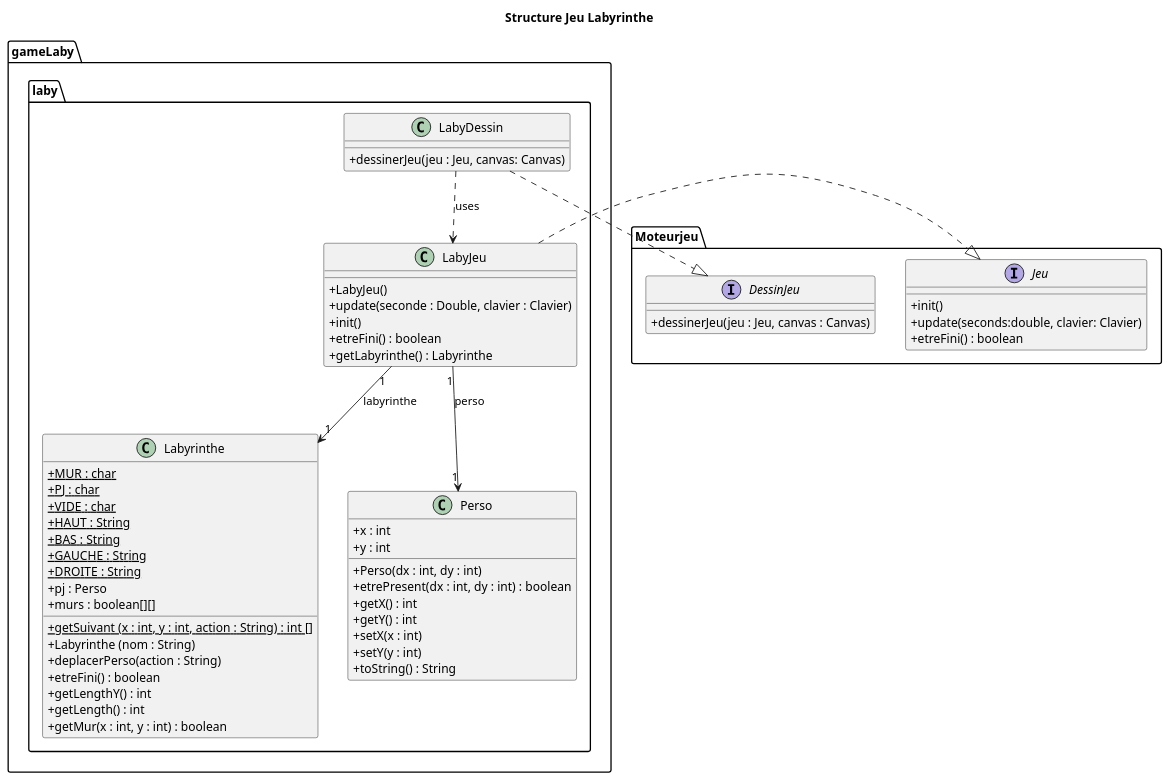
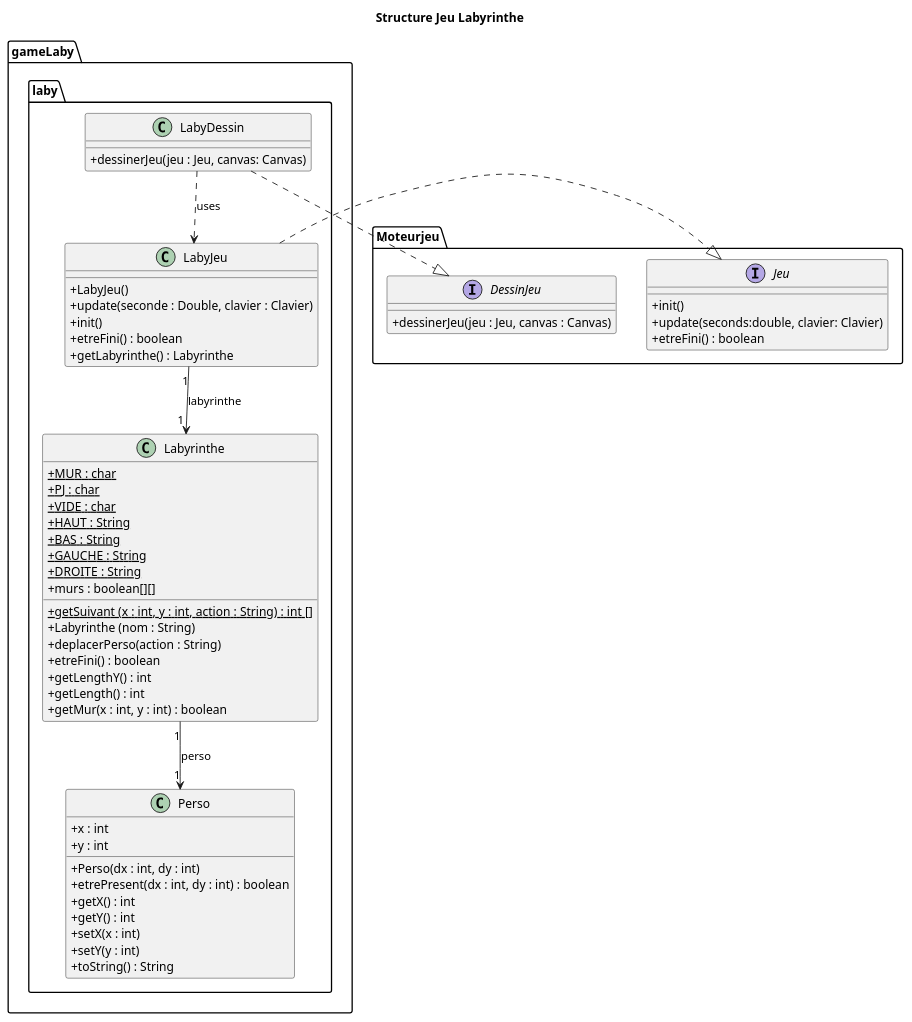
Before and after one commit to TanguyFox/2022_Zeldiablo_renard136u_seiler33u_serrier26u_arcelin1u: the diagram in documents/version_1/diagrammeClasseLabyJeu.puml, drawn with PlantUML. The commit also changed 1 other file, not shown here.

```diff
--- a/documents/version_1/diagrammeClasseLabyJeu.puml
+++ b/documents/version_1/diagrammeClasseLabyJeu.puml
@@ -1,73 +1,72 @@
 @startuml
 'https://plantuml.com/class-diagram
 
 title Structure Jeu Labyrinthe
 
 
 package gameLaby.laby{
 skinparam classAttributeIconSize 0
 class Labyrinthe{
 + {static} MUR : char
 + {static} PJ : char
 + {static} VIDE : char
 + {static} HAUT : String
 + {static} BAS : String
 + {static} GAUCHE : String
 + {static} DROITE : String
-+ pj : Perso
 + murs : boolean[][]
 + {static} getSuivant (x : int, y : int, action : String) : int []
 + Labyrinthe (nom : String)
 + deplacerPerso(action : String)
 + etreFini() : boolean
 + getLengthY() : int
 + getLength() : int
 + getMur(x : int, y : int) : boolean
 }
 
 class LabyJeu{
 +LabyJeu()
 +update(seconde : Double, clavier : Clavier)
 +init()
 +etreFini() : boolean
 +getLabyrinthe() : Labyrinthe
 }
 class LabyDessin{
 +dessinerJeu(jeu : Jeu, canvas: Canvas)
 }
 
 
 class Perso {
 + x : int
 + y : int
 + Perso(dx : int, dy : int)
 + etrePresent(dx : int, dy : int) : boolean
 + getX() : int
 + getY() : int
 + setX(x : int)
 + setY(y : int)
 + toString() : String
 }
 }
 
 package Moteurjeu{
 interface Jeu{
 + init()
 +update(seconds:double, clavier: Clavier)
 +etreFini() : boolean
 }
 
 interface DessinJeu{
 + dessinerJeu(jeu : Jeu, canvas : Canvas)
 }
 }
 
 
 LabyJeu .|> Jeu
 LabyDessin ..|> DessinJeu
 LabyJeu "1" --> "1 " Labyrinthe : labyrinthe
-LabyJeu "1" --> "1" Perso : perso
+Labyrinthe "1" --> "1" Perso : perso
 LabyDessin ..> LabyJeu : uses
 
 
 @enduml
```
